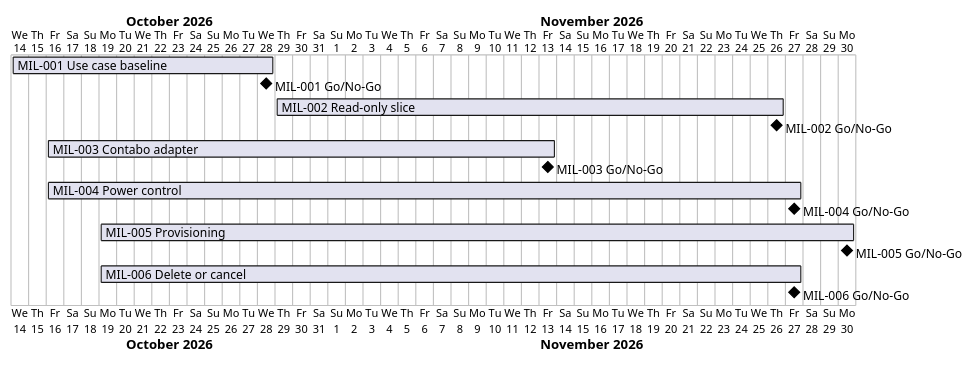
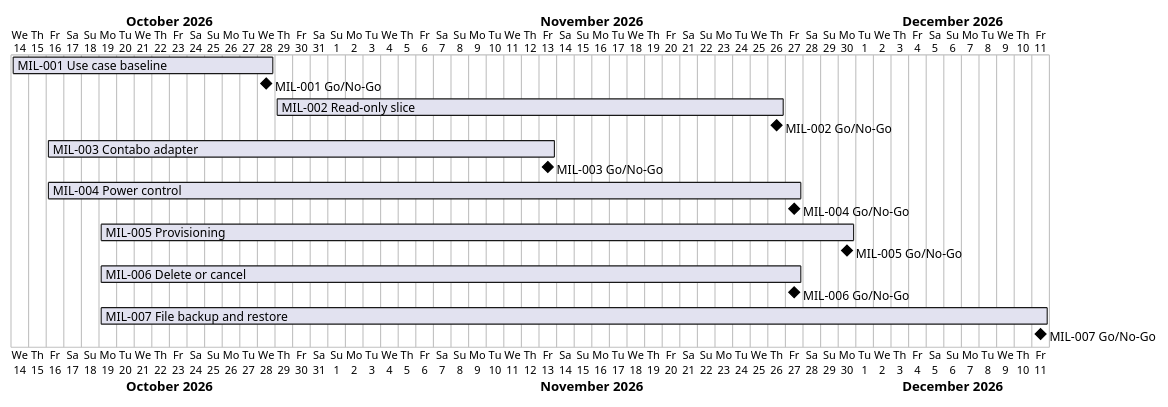
The diagram in docs/project-plan.md (TirSystem/iac-node-forge), drawn with PlantUML before and after one commit. The commit also changed other lines of this file and 5 other files, not shown here.

Commit message:
Plan MIL-007: file backup and restore (RC-093, RC-094)

````diff
--- a/docs/project-plan.md
+++ b/docs/project-plan.md
@@ -56,17 +59,19 @@
 ```plantuml
 @startgantt
 Project starts 2026-10-14
 [MIL-001 Use case baseline] starts 2026-10-14 and ends 2026-10-28
 [MIL-001 Go/No-Go] happens 2026-10-28
 [MIL-002 Read-only slice] starts 2026-10-29 and ends 2026-11-26
 [MIL-002 Go/No-Go] happens 2026-11-26
 [MIL-003 Contabo adapter] starts 2026-10-16 and ends 2026-11-13
 [MIL-003 Go/No-Go] happens 2026-11-13
 [MIL-004 Power control] starts 2026-10-16 and ends 2026-11-27
 [MIL-004 Go/No-Go] happens 2026-11-27
 [MIL-005 Provisioning] starts 2026-10-19 and ends 2026-11-30
 [MIL-005 Go/No-Go] happens 2026-11-30
 [MIL-006 Delete or cancel] starts 2026-10-19 and ends 2026-11-27
 [MIL-006 Go/No-Go] happens 2026-11-27
+[MIL-007 File backup and restore] starts 2026-10-19 and ends 2026-12-11
+[MIL-007 Go/No-Go] happens 2026-12-11
 @endgantt
 ```
````
